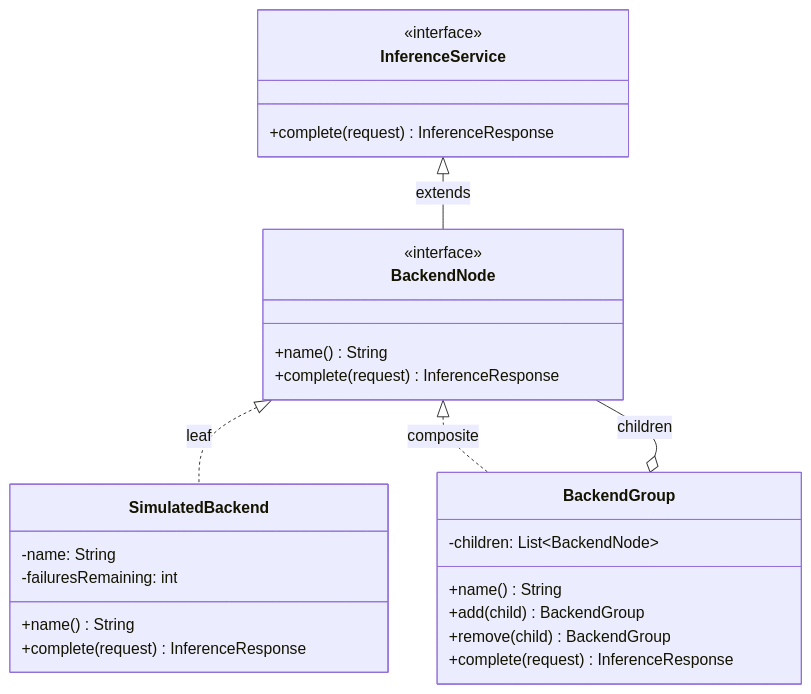
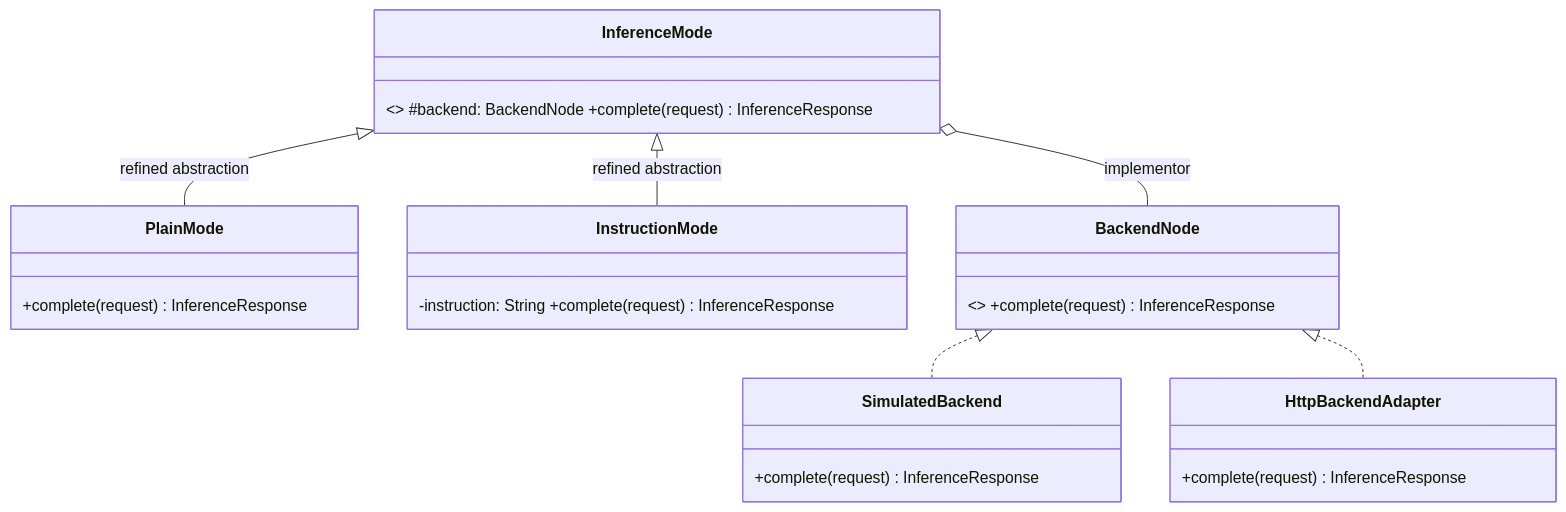
The second of 4 diagrams in lab3/REPORT.md (igortacu/tmps-labs), drawn with Mermaid before and after one commit. The commit also changed other lines of this file and 10 other files, not shown here.

````diff
--- a/lab3/REPORT.md
+++ b/lab3/REPORT.md
@@ -22,29 +61,14 @@
 ```mermaid
 classDiagram
-    class InferenceService {
-        <<interface>>
-        +complete(request) InferenceResponse
-    }
-    class BackendNode {
-        <<interface>>
-        +name() String
-        +complete(request) InferenceResponse
-    }
-    class SimulatedBackend {
-        -name: String
-        -failuresRemaining: int
-        +name() String
-        +complete(request) InferenceResponse
-    }
-    class BackendGroup {
-        -children: List~BackendNode~
-        +name() String
-        +add(child) BackendGroup
-        +remove(child) BackendGroup
-        +complete(request) InferenceResponse
-    }
-    InferenceService <|-- BackendNode : extends
-    BackendNode <|.. SimulatedBackend : leaf
-    BackendNode <|.. BackendGroup : composite
-    BackendGroup o-- BackendNode : children
+  class InferenceMode { <<abstract>> #backend: BackendNode +complete(request) InferenceResponse }
+  class PlainMode { +complete(request) InferenceResponse }
+  class InstructionMode { -instruction: String +complete(request) InferenceResponse }
+  class BackendNode { <<interface>> +complete(request) InferenceResponse }
+  class SimulatedBackend { +complete(request) InferenceResponse }
+  class HttpBackendAdapter { +complete(request) InferenceResponse }
+  InferenceMode <|-- PlainMode : refined abstraction
+  InferenceMode <|-- InstructionMode : refined abstraction
+  InferenceMode o-- BackendNode : implementor
+  BackendNode <|.. SimulatedBackend
+  BackendNode <|.. HttpBackendAdapter
 ```
````
